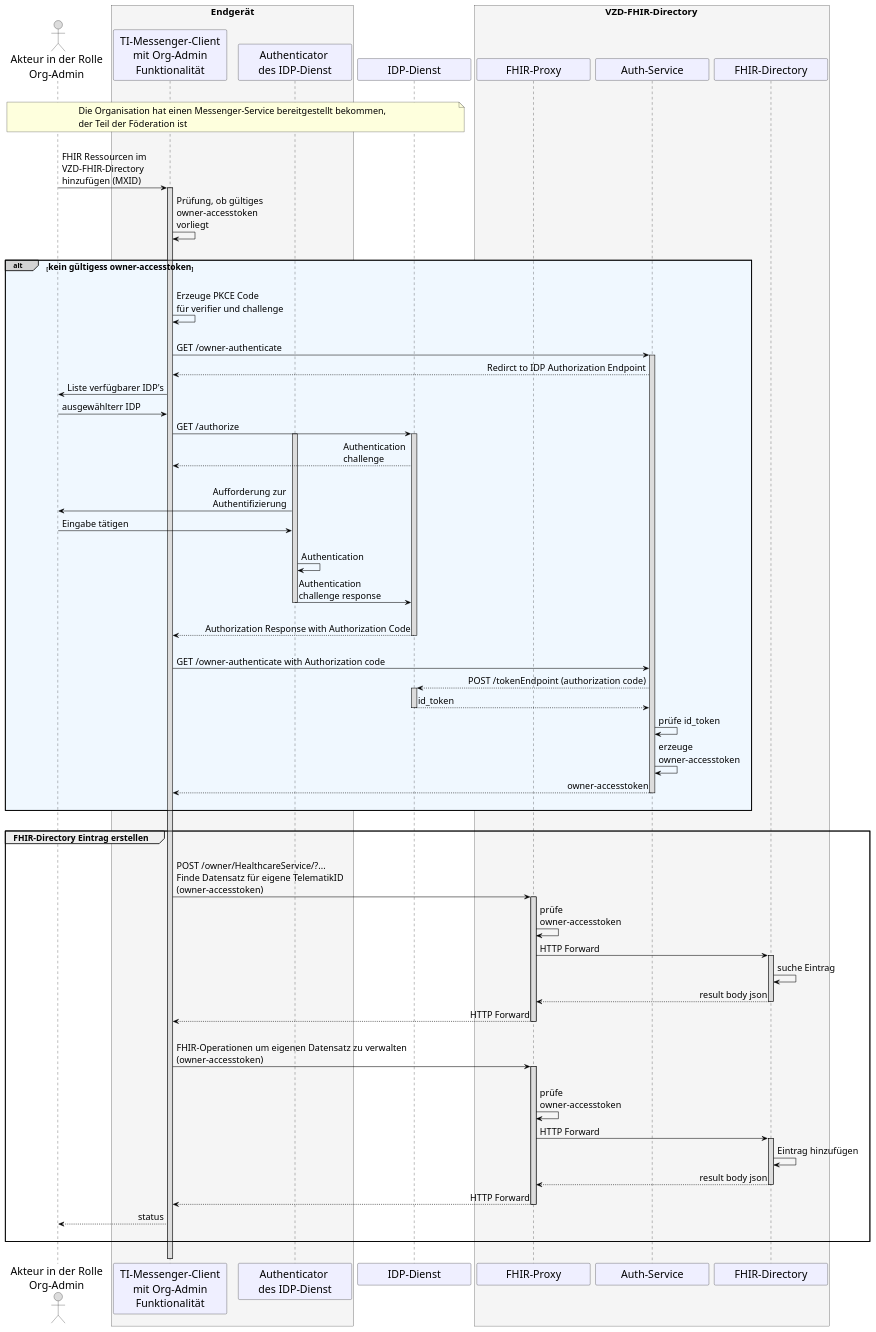
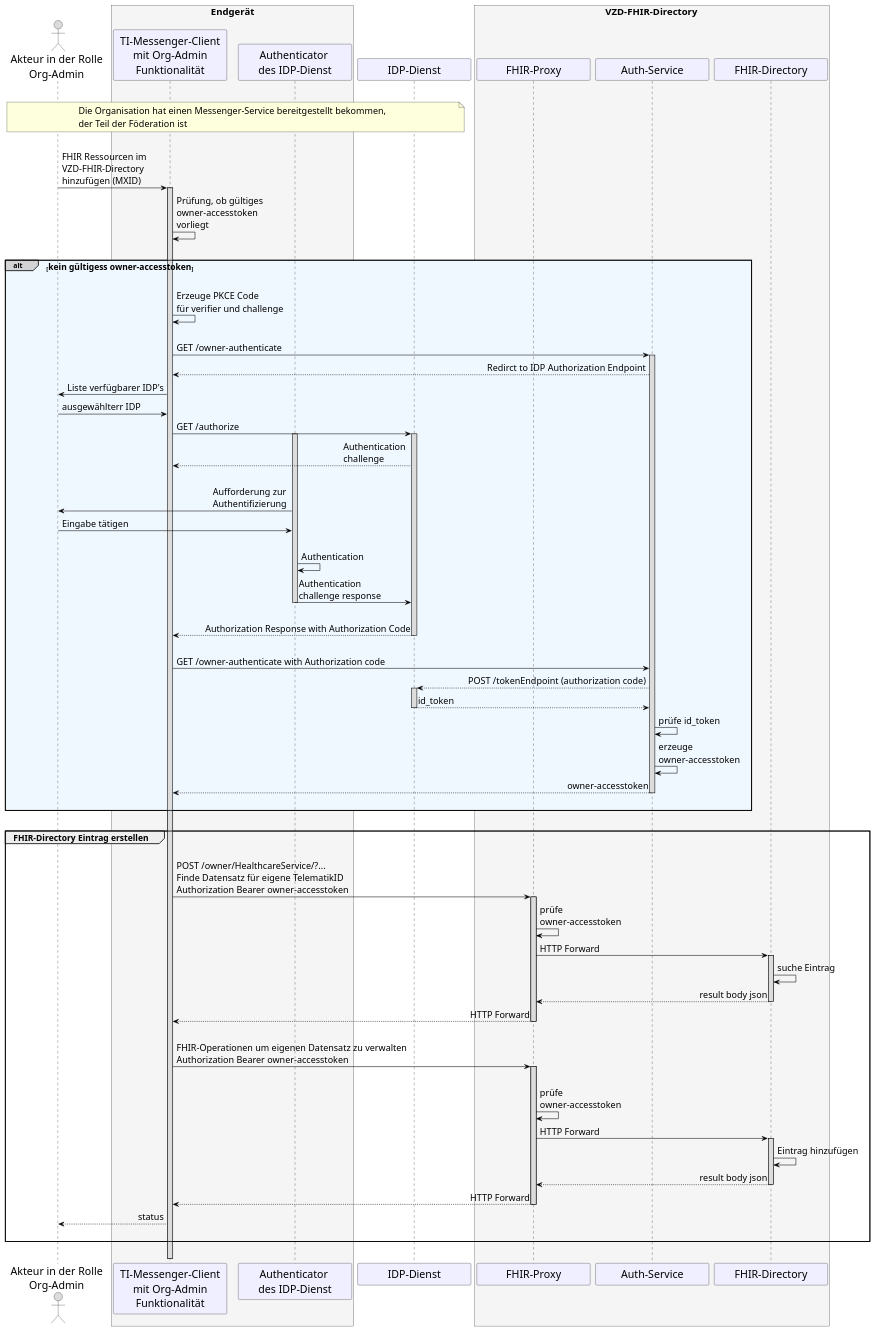
The diagram in src/plantuml/TI-Messenger-Dienst/Ressourcen/UC_10059_Seq.puml (gematik/api-ti-messenger), drawn with PlantUML before and after one commit.

```diff
--- a/src/plantuml/TI-Messenger-Dienst/Ressourcen/UC_10059_Seq.puml
+++ b/src/plantuml/TI-Messenger-Dienst/Ressourcen/UC_10059_Seq.puml
@@ -9,122 +9,122 @@
 @startuml
 skinparam sequenceMessageAlign direction
 skinparam minClassWidth 200
 skinparam BoxPadding 1
 skinparam sequenceReferenceHeaderBackgroundColor palegreen
 scale max 2048 width
 
 skinparam sequence {
 ArrowColor black
 ArrowFontSize 17
 ActorBorderColor black
 LifeLineBorderColor black
 LifeLineBackgroundColor Gainsboro
 
 ParticipantBorderColor Motivation
 ParticipantBackgroundColor Motivation
 ParticipantFontName Impact
 ParticipantFontSize 20
 ParticipantFontColor black
 ParticipantBorderColor Black
 ParticipantBackgroundColor MOTIVATION
 
 ActorBackgroundColor Gainsboro
 ActorFontColor black
 ActorFontSize 20
 ActorFontName Aapex
 }
     actor U as "Akteur in der Rolle\nOrg-Admin"
     box <size:18>Endgerät</size>\n #WhiteSmoke 
     participant C as "TI-Messenger-Client\n mit Org-Admin \nFunktionalität"
     participant A as "Authenticator \ndes IDP-Dienst"
     end box
     participant I as "IDP-Dienst" 
     box <size:18>VZD-FHIR-Directory</size> #WhiteSmoke
       participant FP as "FHIR-Proxy"
       participant Auth as "Auth-Service"
       participant VZD as "FHIR-Directory"
     end box
 
 |||
 note over U, I: <size:17>Die Organisation hat einen Messenger-Service bereitgestellt bekommen, \n<size:17>der Teil der Föderation ist</size>
 |||
 
 U->C: FHIR Ressourcen im \nVZD-FHIR-Directory \nhinzufügen (MXID)
   Activate C
 C->C: Prüfung, ob gültiges \nowner-accesstoken \nvorliegt
 
 |||
 alt#LightGrey #AliceBlue <size:16>kein gültigess owner-accesstoken</size>
 |||
 
   C->C: Erzeuge PKCE Code \nfür verifier und challenge
   |||
   C->Auth: GET /owner-authenticate
     Activate Auth
   Auth-->C: Redirct to IDP Authorization Endpoint
 
   C->U: Liste verfügbarer IDP's
   U->C: ausgewählterr IDP
     
   C->I: GET /authorize
     Activate A
     Activate I
   I-->C: Authentication \nchallenge
   |||
   A->U: Aufforderung zur \nAuthentifizierung
   U->A: Eingabe tätigen
   |||
   A->A: Authentication
   A->I: Authentication \nchallenge response
     Deactivate A
   |||
   I-->C: Authorization Response with Authorization Code
     Deactivate I
       
   |||    
   C->Auth: GET /owner-authenticate with Authorization code
   Auth-->I: POST /tokenEndpoint (authorization code)
     Activate I
   I-->Auth: id_token
     Deactivate I
   Auth->Auth: prüfe id_token
   Auth->Auth: erzeuge \nowner-accesstoken
   Auth-->C: owner-accesstoken
   ||| 
     
     Deactivate Auth
 end
       
 |||
 
 group <size:16>FHIR-Directory Eintrag erstellen</size>
   |||
-  C->FP: POST /owner/HealthcareService/?... \nFinde Datensatz für eigene TelematikID \n(owner-accesstoken)
+  C->FP: POST /owner/HealthcareService/?... \nFinde Datensatz für eigene TelematikID \nAuthorization Bearer owner-accesstoken
     Activate FP
   FP->FP: prüfe \nowner-accesstoken
   FP->VZD: HTTP Forward
     Activate VZD
   VZD->VZD: suche Eintrag
   VZD-->FP: result body json
     Deactivate VZD
   FP-->C: HTTP Forward
     Deactivate FP
   |||
-  C->FP: FHIR-Operationen um eigenen Datensatz zu verwalten \n(owner-accesstoken)
+  C->FP: FHIR-Operationen um eigenen Datensatz zu verwalten \nAuthorization Bearer owner-accesstoken
   |||
     Activate FP
   FP->FP: prüfe \nowner-accesstoken
   FP->VZD: HTTP Forward
     Activate VZD
   VZD->VZD: Eintrag hinzufügen
   VZD-->FP: result body json
     Deactivate VZD
   FP-->C: HTTP Forward
     Deactivate FP
   C-->U: status    
   |||
 end
 |||
 
   Deactivate C
 @enduml
```
